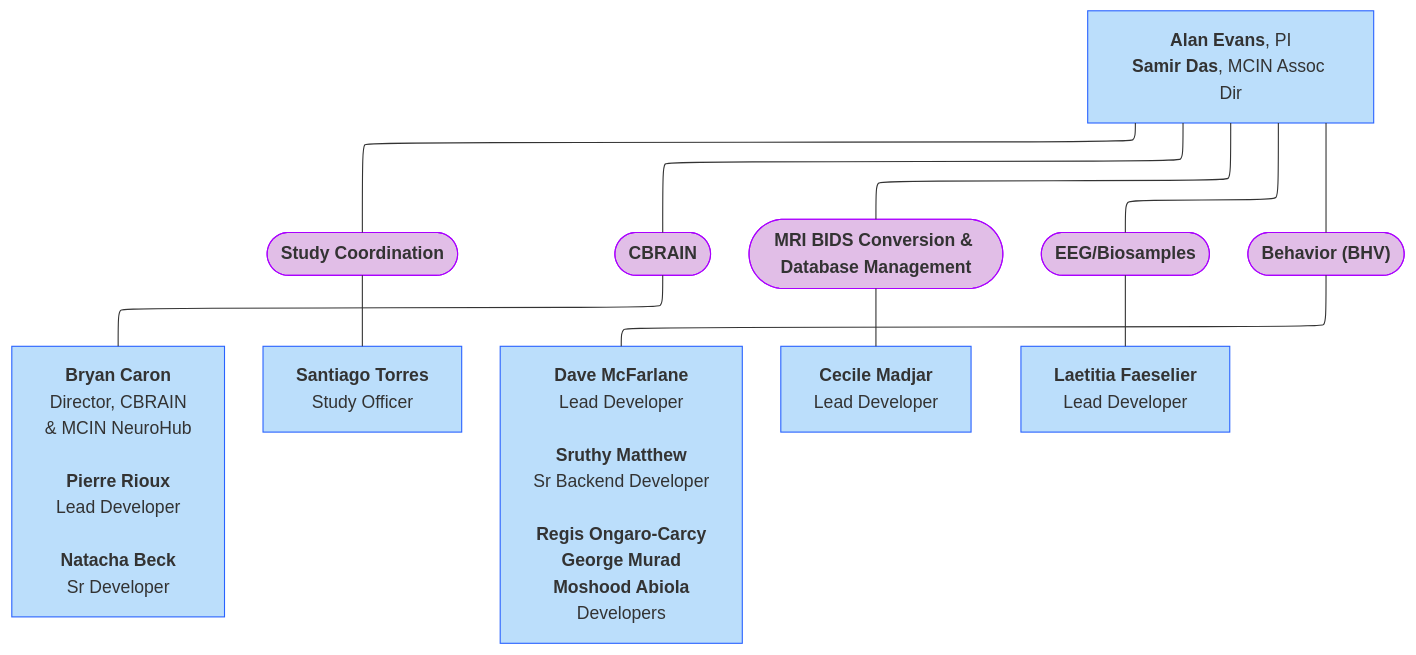
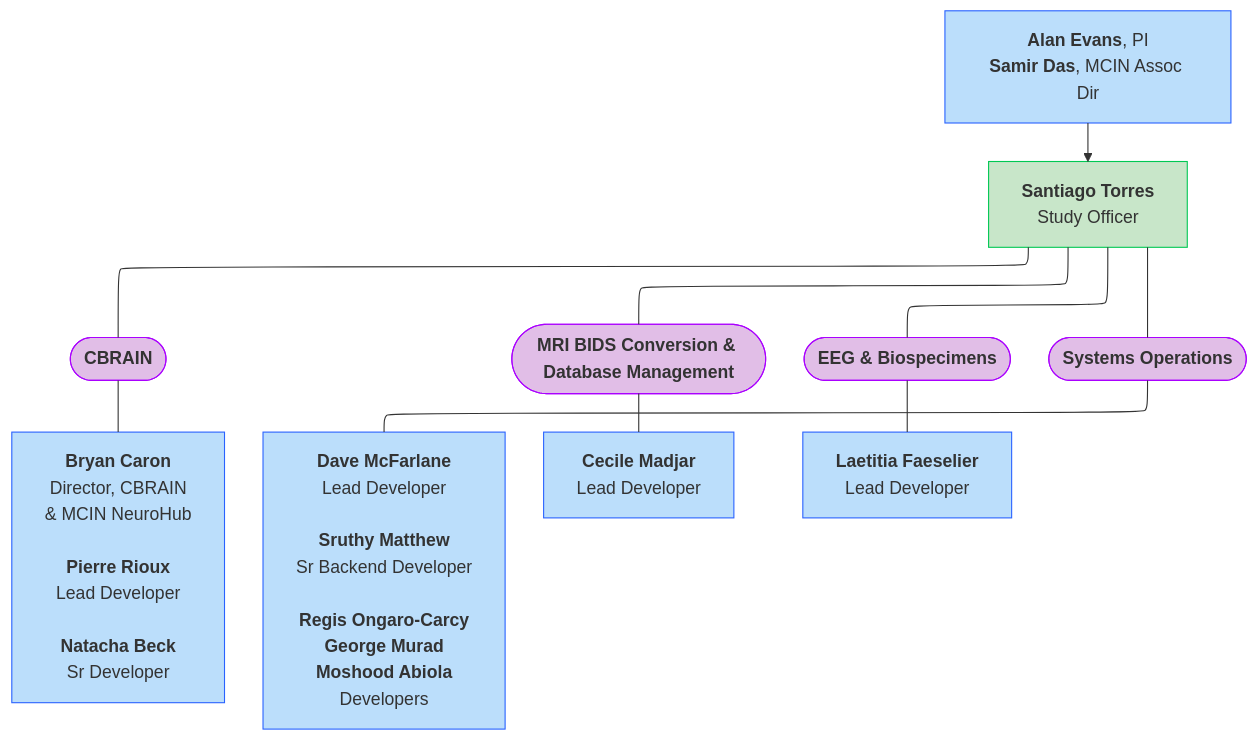
The fourth of 10 diagrams in docs/orgcharts.md (DCAN-Labs/hbcd-docs-internal), drawn with Mermaid before and after one commit. The commit also changed other lines of this file, not shown here.

Commit message:
update LORIS - change BHV to SysOps

````diff
--- a/docs/orgcharts.md
+++ b/docs/orgcharts.md
@@ -159,26 +159,23 @@
 ```mermaid
 ---
 config:
   layout: elk
 ---
 flowchart TB
-    nl["<b>Alan Evans</b>, PI<br><b>Samir Das</b>, MCIN Assoc Dir"]
-    nl --- n9(["<b>Study Coordination</b>"]) & C(["<b>CBRAIN</b>"])
-    nl --- G(["<b>MRI BIDS Conversion & Database Management</b>"]) & H(["<b>EEG/Biosamples</b>"]) & F(["<b>Behavior (BHV)</b>"])
+    nl["<b>Santiago Torres</b><br>Study Officer"] --- C(["<b>CBRAIN</b>"]) & G(["<b>MRI BIDS Conversion &amp; Database Management</b>"]) & H(["<b>EEG &amp; Biospecimens</b>"]) & F(["<b>Systems Operations</b>"])
     C --- n12["<b>Bryan Caron</b><br>Director, CBRAIN<br>&amp; MCIN NeuroHub<br><br><b>Pierre Rioux</b><br>Lead Developer<br><br><b>Natacha Beck</b><br>Sr Developer"]
-    n9 --- E["<b>Santiago Torres</b><br>Study Officer"]
     F --- I["<b>Dave McFarlane</b><br>Lead Developer<br><br><b>Sruthy Matthew</b><br>Sr Backend Developer<br><br><b>Regis Ongaro-Carcy<br>George Murad<br>Moshood Abiola</b><br>Developers"]
     G --- L["<b>Cecile Madjar</b><br>Lead Developer"]
     H --- M["<b>Laetitia Faeselier</b><br>Lead Developer"]
-    style nl stroke:#2962FF,fill:#BBDEFB
-    style n9 stroke:#AA00FF,fill:#E1BEE7
+    n13["<b>Alan Evans</b>, PI<br><b>Samir Das</b>, MCIN Assoc Dir"] --> nl
+    style nl stroke:#00C853,fill:#C8E6C9
     style C stroke:#AA00FF,fill:#E1BEE7
     style G stroke:#AA00FF,fill:#E1BEE7
     style H stroke:#AA00FF,fill:#E1BEE7
     style F stroke:#AA00FF,fill:#E1BEE7
     style n12 stroke:#2962FF,fill:#BBDEFB
-    style E stroke:#2962FF,fill:#BBDEFB
     style I stroke:#2962FF,fill:#BBDEFB
     style L stroke:#2962FF,fill:#BBDEFB
     style M stroke:#2962FF,fill:#BBDEFB
+    style n13 stroke:#2962FF,fill:#BBDEFB
 ```
````
